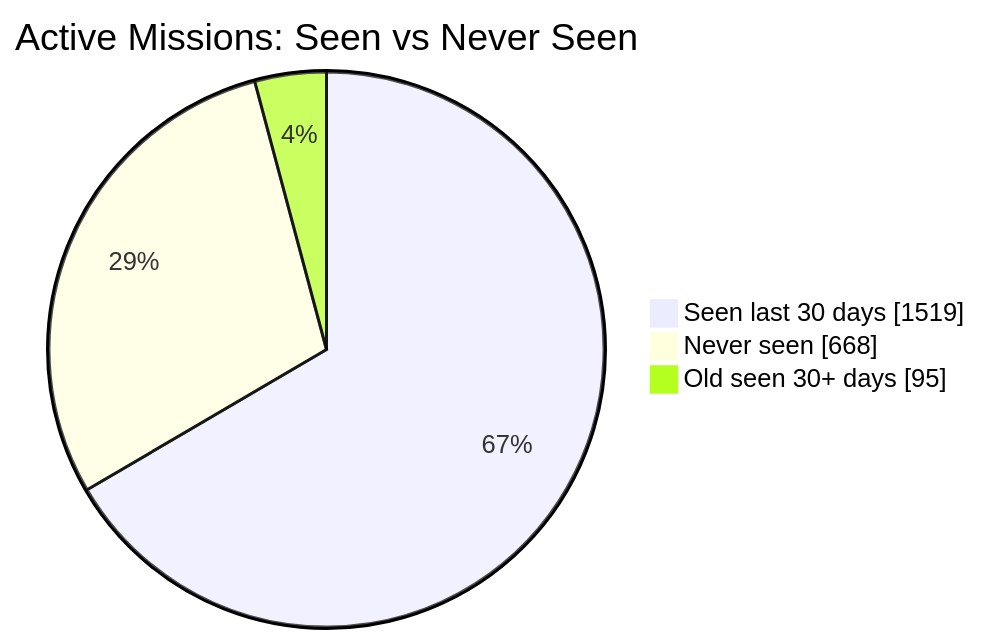
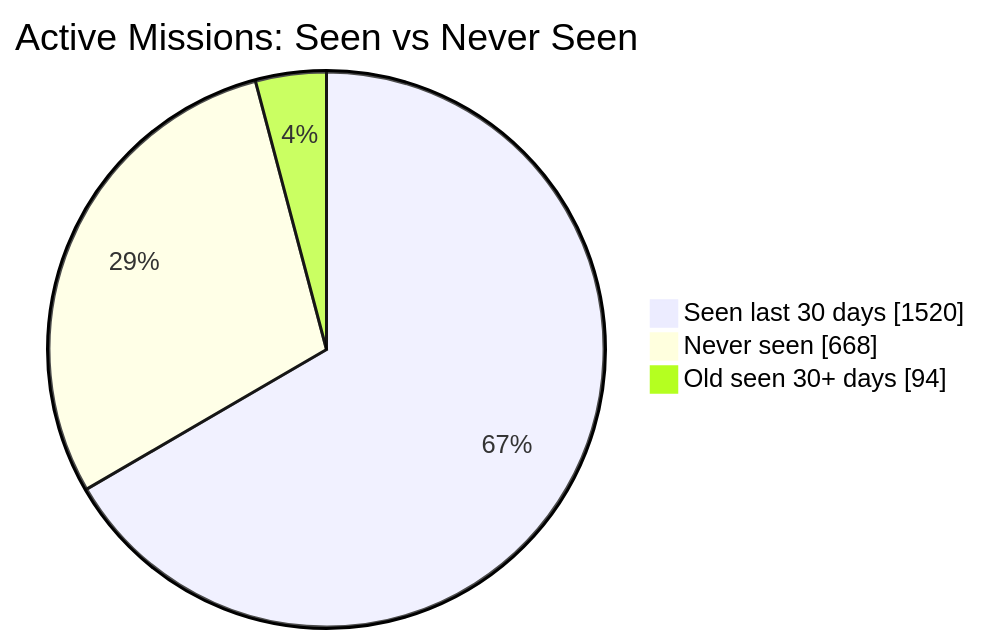
Before and after one commit to MeldkamerspelGameTeam/active-missions: the first of 2 diagrams in README.md, drawn with Mermaid. The commit also changed other lines of this file and 2 other files, not shown here.

````diff
--- a/README.md
+++ b/README.md
@@ -34,7 +34,7 @@
 ```mermaid
 pie showData
     title Active Missions: Seen vs Never Seen
-    "Seen last 30 days" : 1519
+    "Seen last 30 days" : 1520
     "Never seen" : 668
-    "Old seen 30+ days" : 95
+    "Old seen 30+ days" : 94
 ```
````
